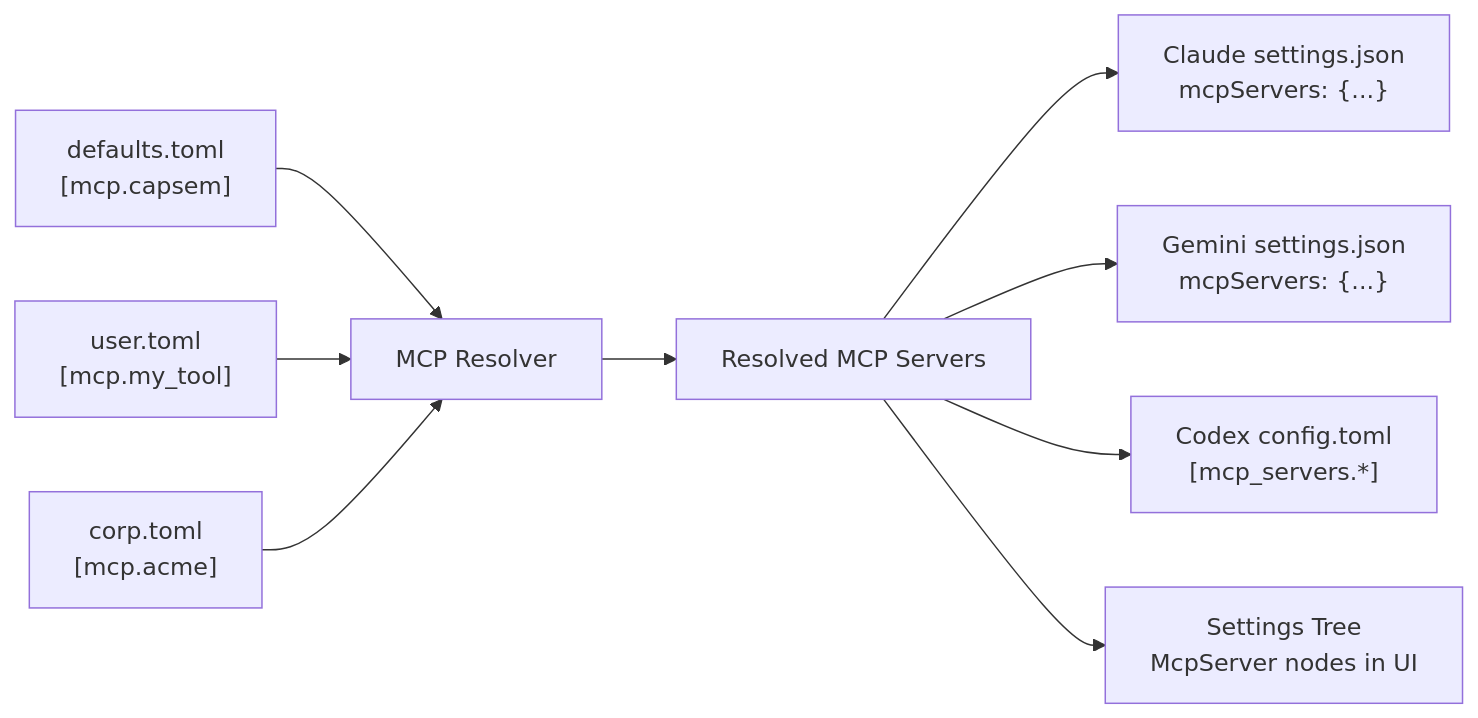
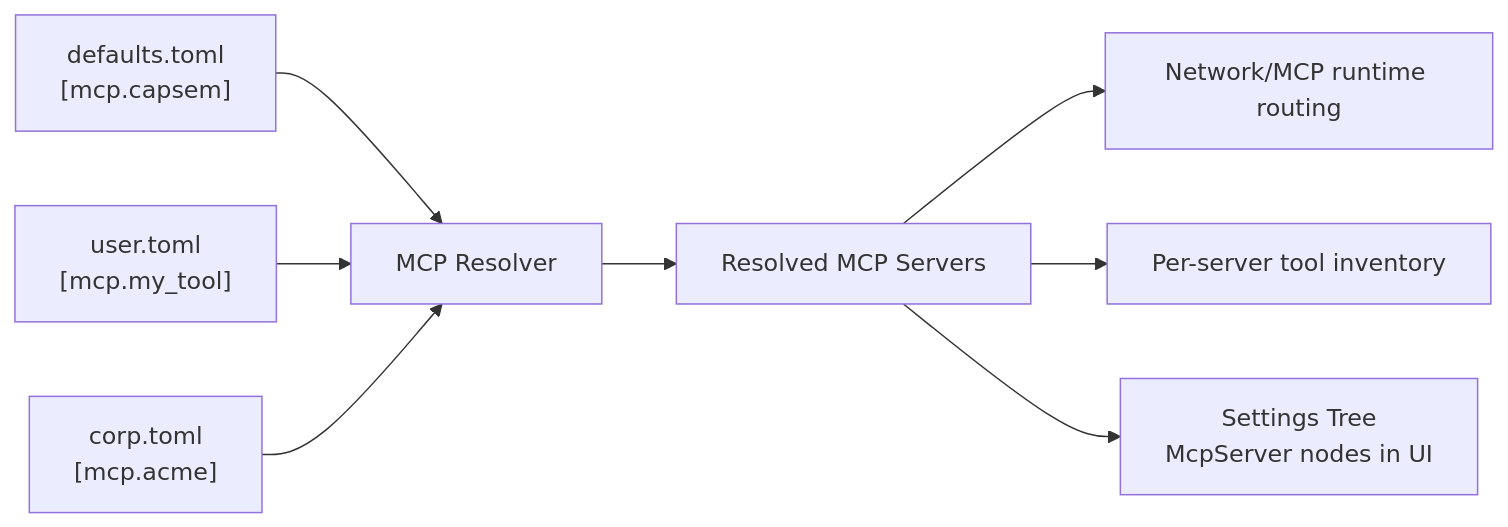
One commit to google/capsem changed the seventh of 7 diagrams in docs/src/content/docs/architecture/settings.md. Above: the diagram before and after it, drawn with Mermaid. The commit also changed other lines of this file and 25 other files, not shown here.

````diff
--- a/docs/src/content/docs/architecture/settings.md
+++ b/docs/src/content/docs/architecture/settings.md
@@ -297,11 +313,10 @@
 ```mermaid
 flowchart LR
   DM["defaults.toml\n[mcp.capsem]"] --> MR[MCP Resolver]
   UM["user.toml\n[mcp.my_tool]"] --> MR
   CM["corp.toml\n[mcp.acme]"] --> MR
   MR --> MS["Resolved MCP Servers"]
-  MS --> CJ["Claude settings.json\nmcpServers: {...}"]
-  MS --> GJ["Gemini settings.json\nmcpServers: {...}"]
-  MS --> CT2["Codex config.toml\n[mcp_servers.*]"]
+  MS --> ROUTE["Network/MCP runtime routing"]
+  MS --> TOOLS["Per-server tool inventory"]
   MS --> TREE["Settings Tree\nMcpServer nodes in UI"]
 ```
````
